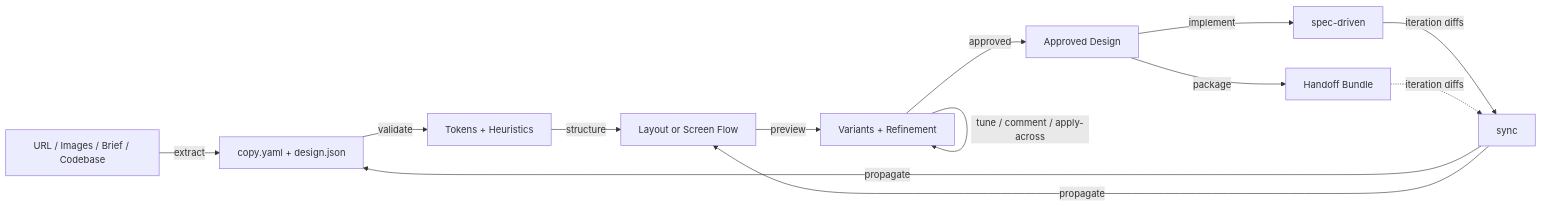
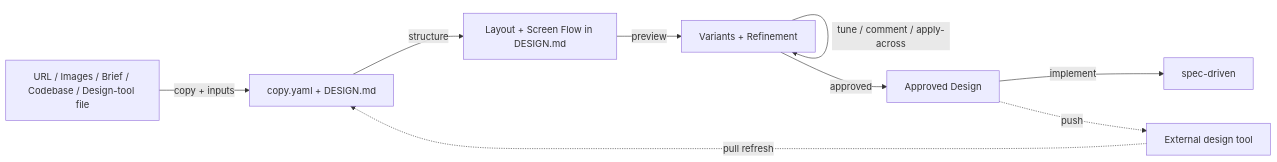
One commit to adeonir/agent-skills changed the diagram in skills/(design)/design-builder/README.md. Above: the diagram before and after it, drawn with Mermaid. The commit also changed other lines of this file and 11 other files, not shown here.

````diff
--- a/skills/(design)/design-builder/README.md
+++ b/skills/(design)/design-builder/README.md
@@ -13,15 +13,11 @@
 ```mermaid
 flowchart LR
-    A[URL / Images / Brief / Codebase] -->|extract| B[copy.yaml + design.json]
-    B -->|validate| C[Tokens + Heuristics]
-    C -->|structure| D[Layout or Screen Flow]
-    D -->|preview| E[Variants + Refinement]
-    E -->|tune / comment / apply-across| E
-    E -->|approved| F[Approved Design]
-    F -->|implement| G[spec-driven]
-    F -->|package| H[Handoff Bundle]
-    G -->|iteration diffs| I[sync]
-    H -.->|iteration diffs| I
-    I -->|propagate| B
-    I -->|propagate| D
+    A[URL / Images / Brief / Codebase / Design-tool file] -->|copy + inputs| B[copy.yaml + DESIGN.md]
+    B -->|structure| C[Layout + Screen Flow in DESIGN.md]
+    C -->|preview| D[Variants + Refinement]
+    D -->|tune / comment / apply-across| D
+    D -->|approved| E[Approved Design]
+    E -->|implement| F[spec-driven]
+    E -.->|push| G[External design tool]
+    G -.->|pull refresh| B
 ```
````
